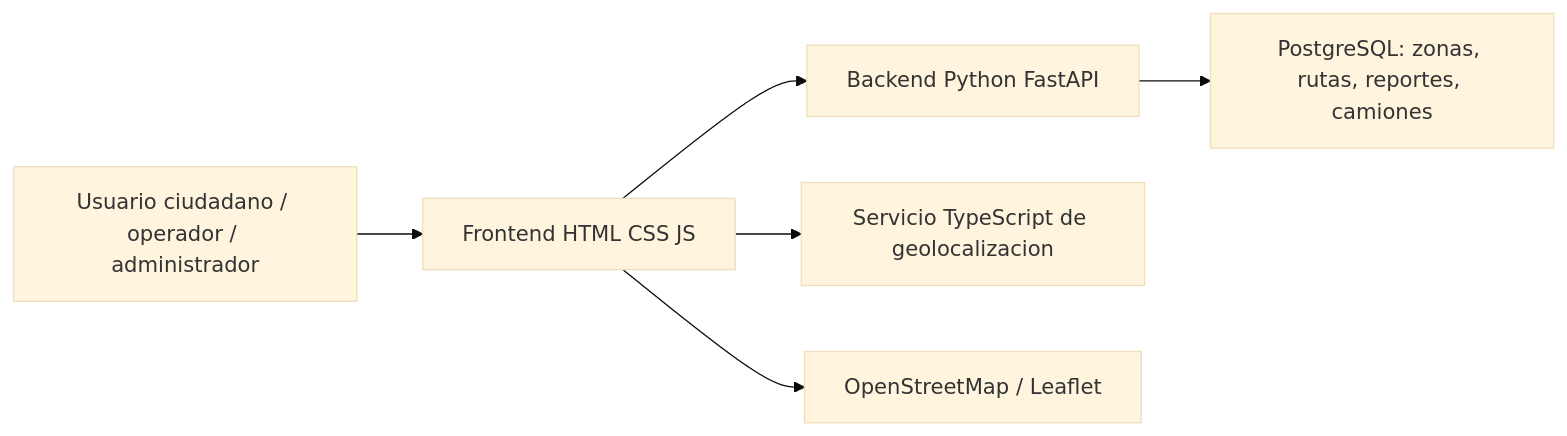
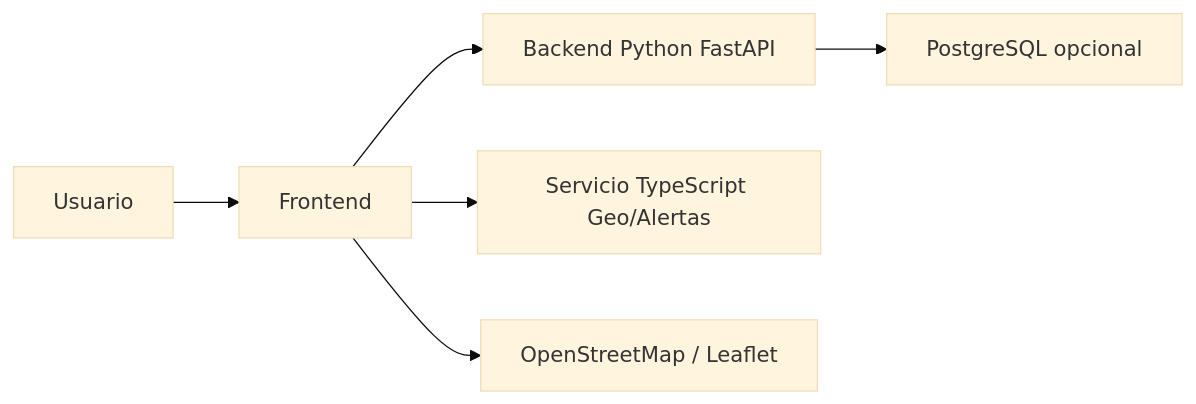
Before and after one commit to Alejandro225425/Sistema-de-Recoleccion-de-Residuos-Solidos: the diagram in docs/entrega-2.md, drawn with Mermaid (base theme). The commit also changed other lines of this file and 32 other files, not shown here.

````diff
--- a/docs/entrega-2.md
+++ b/docs/entrega-2.md
@@ -34,8 +32,8 @@
 ```mermaid
 flowchart LR
-  Usuario["Usuario ciudadano / operador / administrador"] --> Frontend["Frontend HTML CSS JS"]
-  Frontend --> API["Backend Python FastAPI"]
-  Frontend --> Geo["Servicio TypeScript de geolocalizacion"]
-  API --> Datos["PostgreSQL: zonas, rutas, reportes, camiones"]
-  Frontend --> Mapa["OpenStreetMap / Leaflet"]
+  Usuario --> Frontend
+  Frontend --> Backend[Backend Python FastAPI]
+  Frontend --> Geo[Servicio TypeScript Geo/Alertas]
+  Backend --> DB[PostgreSQL opcional]
+  Frontend --> Mapa[OpenStreetMap / Leaflet]
 ```
````
